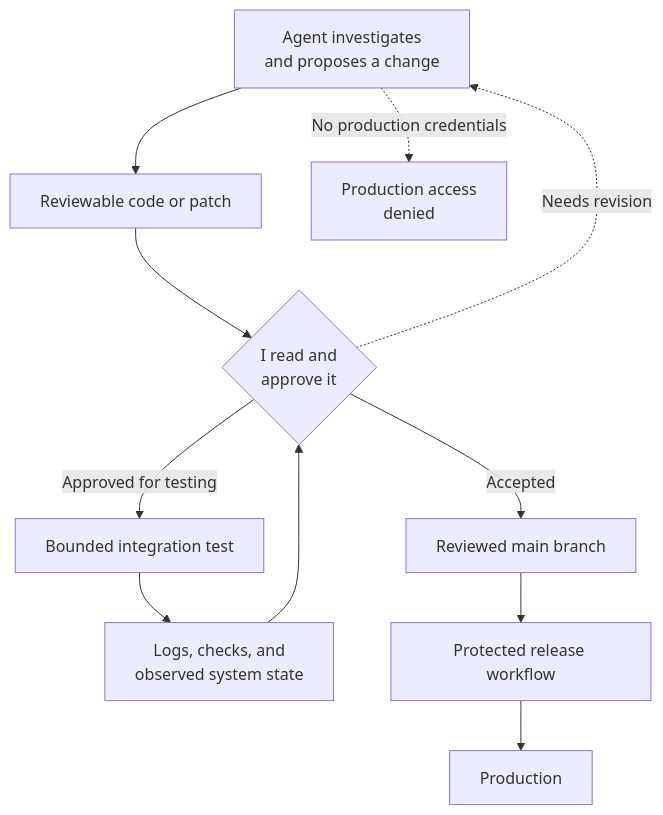
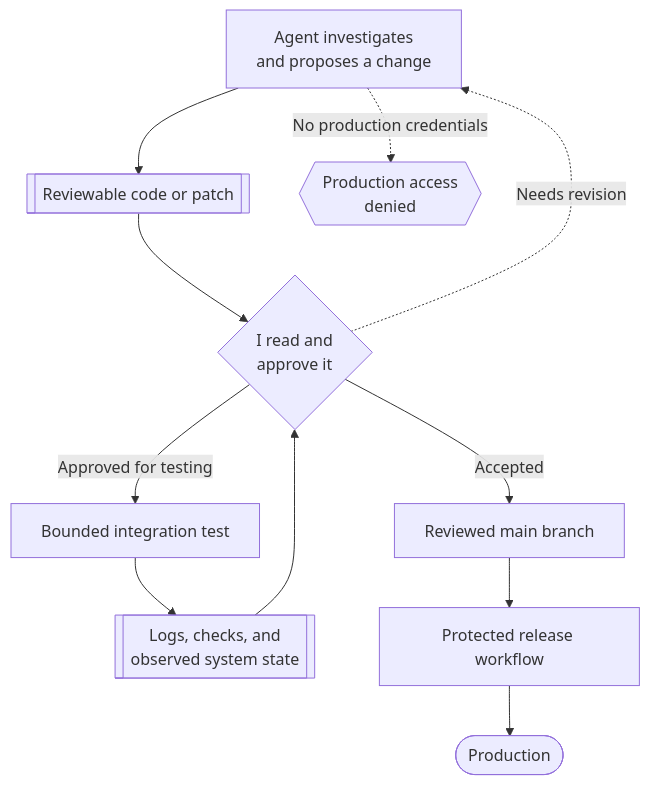
One commit to jnanic/jnanic.github.io changed the second of 4 diagrams in site/content/blog/building-my-homelab-part5.md. Above: the diagram before and after it, drawn with Mermaid. The commit also changed other lines of this file and 3 other files, not shown here.

Commit message:
updated mermaind diagrams on rest of the blogs.

````diff
--- a/site/content/blog/building-my-homelab-part5.md
+++ b/site/content/blog/building-my-homelab-part5.md
@@ -65,29 +65,30 @@
 ```mermaid size=standard caption="Human-controlled agent workflow"
 flowchart TB
     accTitle: Human-controlled agent workflow
     accDescr: An agent proposes a patch for human approval, an approved patch receives bounded integration testing, evidence returns for human review, and accepted changes move through main and a protected release workflow to production. The agent has no production credentials.
 
     AGENT["Agent investigates<br/>and proposes a change"]
-    PATCH["Reviewable code or patch"]
+    PATCH[["Reviewable code or patch"]]
     HUMAN{"I read and<br/>approve it"}
     TEST["Bounded integration test"]
-    EVIDENCE["Logs, checks, and<br/>observed system state"]
+    EVIDENCE[["Logs, checks, and<br/>observed system state"]]
     MAIN["Reviewed main branch"]
     RELEASE["Protected release workflow"]
-    PROD["Production"]
+    PROD(["Production"])
+    NOACCESS{{"Production access<br/>denied"}}
 
     AGENT --> PATCH --> HUMAN
     HUMAN -. "Needs revision" .-> AGENT
     HUMAN -->|"Approved for testing"| TEST
     TEST --> EVIDENCE --> HUMAN
     HUMAN -->|"Accepted"| MAIN
     MAIN --> RELEASE --> PROD
 
-    AGENT -. "No production credentials" .-> NOACCESS["Production access<br/>denied"]
+    AGENT -. "No production credentials" .-> NOACCESS
 
-    class AGENT source;
-    class PATCH,TEST,EVIDENCE control;
-    class HUMAN decision;
+    class AGENT,TEST process;
+    class PATCH,EVIDENCE evidence;
+    class HUMAN human;
     class MAIN,RELEASE,PROD approved;
-    class NOACCESS denied;
+    class NOACCESS failure;
 ```
````
